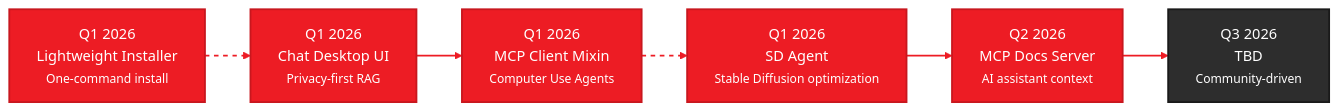
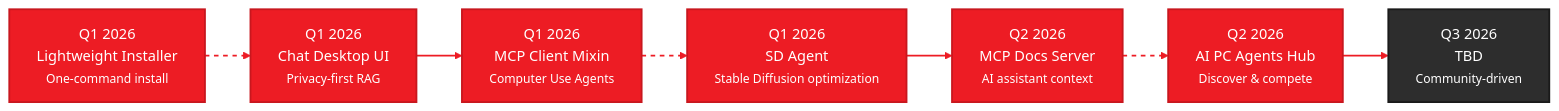
The diagram in docs/roadmap.mdx (amd/gaia), drawn with Mermaid before and after one commit. The commit also changed other lines of this file and 6 other files, not shown here.

First line of the commit message:
GAIA AI PC Agents Hub Roadmap Updates (#282)

````diff
--- a/docs/roadmap.mdx
+++ b/docs/roadmap.mdx
@@ -28,29 +28,33 @@
 ```mermaid
 %%{init: {'theme':'base', 'themeVariables': { 'primaryColor':'#ED1C24', 'primaryTextColor':'#fff', 'primaryBorderColor':'#C8171E', 'lineColor':'#F4484D', 'secondaryColor':'#2d2d2d', 'tertiaryColor':'#f5f5f5', 'fontSize':'16px', 'fontFamily': 'system-ui, -apple-system, sans-serif'}}}%%
 graph LR
     Q1["Q1 2026<br/>Lightweight Installer<br/><small>One-command install</small>"]
     Q1B["Q1 2026<br/>Chat Desktop UI<br/><small>Privacy-first RAG</small>"]
     Q1C["Q1 2026<br/>MCP Client Mixin<br/><small>Computer Use Agents</small>"]
     Q1D["Q1 2026<br/>SD Agent<br/><small>Stable Diffusion optimization</small>"]
     Q2["Q2 2026<br/>MCP Docs Server<br/><small>AI assistant context</small>"]
+    Q2B["Q2 2026<br/>AI PC Agents Hub<br/><small>Discover & compete</small>"]
     Q3["Q3 2026<br/>TBD<br/><small>Community-driven</small>"]
 
     Q1 -.-> Q1B
     Q1B --> Q1C
     Q1C -.-> Q1D
     Q1D --> Q2
-    Q2 --> Q3
+    Q2 -.-> Q2B
+    Q2B --> Q3
 
     style Q1 fill:#ED1C24,stroke:#C8171E,stroke-width:2px,color:#fff
     style Q1B fill:#ED1C24,stroke:#C8171E,stroke-width:2px,color:#fff
     style Q1C fill:#ED1C24,stroke:#C8171E,stroke-width:2px,color:#fff
     style Q1D fill:#ED1C24,stroke:#C8171E,stroke-width:2px,color:#fff
     style Q2 fill:#ED1C24,stroke:#C8171E,stroke-width:2px,color:#fff
+    style Q2B fill:#ED1C24,stroke:#C8171E,stroke-width:2px,color:#fff
     style Q3 fill:#2d2d2d,stroke:#1a1a1a,stroke-width:2px,color:#fff
 
     linkStyle 0 stroke:#ED1C24,stroke-width:2px,stroke-dasharray: 5 5
     linkStyle 1 stroke:#ED1C24,stroke-width:2px
     linkStyle 2 stroke:#ED1C24,stroke-width:2px,stroke-dasharray: 5 5
     linkStyle 3 stroke:#ED1C24,stroke-width:2px
-    linkStyle 4 stroke:#ED1C24,stroke-width:2px
+    linkStyle 4 stroke:#ED1C24,stroke-width:2px,stroke-dasharray: 5 5
+    linkStyle 5 stroke:#ED1C24,stroke-width:2px
 ```
````
